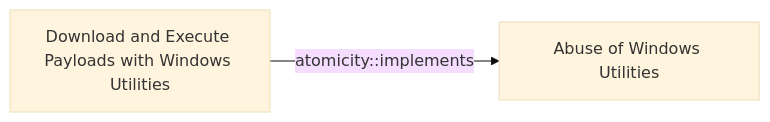
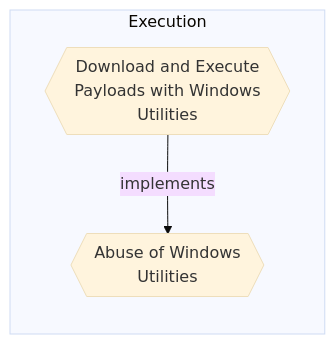
Before and after one commit to opentidehq/library: the diagram in docs/threats/download-and-execute-payloads-with-windows-utilities.md, drawn with Mermaid (base theme). The commit also changed other lines of this file and 540 other files, not shown here.

````diff
--- a/docs/threats/download-and-execute-payloads-with-windows-utilities.md
+++ b/docs/threats/download-and-execute-payloads-with-windows-utilities.md
@@ -90,6 +100,8 @@
 ```mermaid
 flowchart LR
-765be5d9_4f79_4e3d_b894_fa428f285ab5["Download and Execute Payloads with Windows Utilities"]
-d5039f2c_9fcc_4ba3_ad6a_da8c891ba745["Abuse of Windows Utilities"]
-765be5d9_4f79_4e3d_b894_fa428f285ab5 -->|atomicity::implements| d5039f2c_9fcc_4ba3_ad6a_da8c891ba745
+subgraph "Execution"
+765be5d9_4f79_4e3d_b894_fa428f285ab5{{"Download and Execute<br>Payloads with Windows<br>Utilities"}}
+d5039f2c_9fcc_4ba3_ad6a_da8c891ba745{{"Abuse of Windows<br>Utilities"}}
+end
+765be5d9_4f79_4e3d_b894_fa428f285ab5 -->|implements| d5039f2c_9fcc_4ba3_ad6a_da8c891ba745
 ```
````
